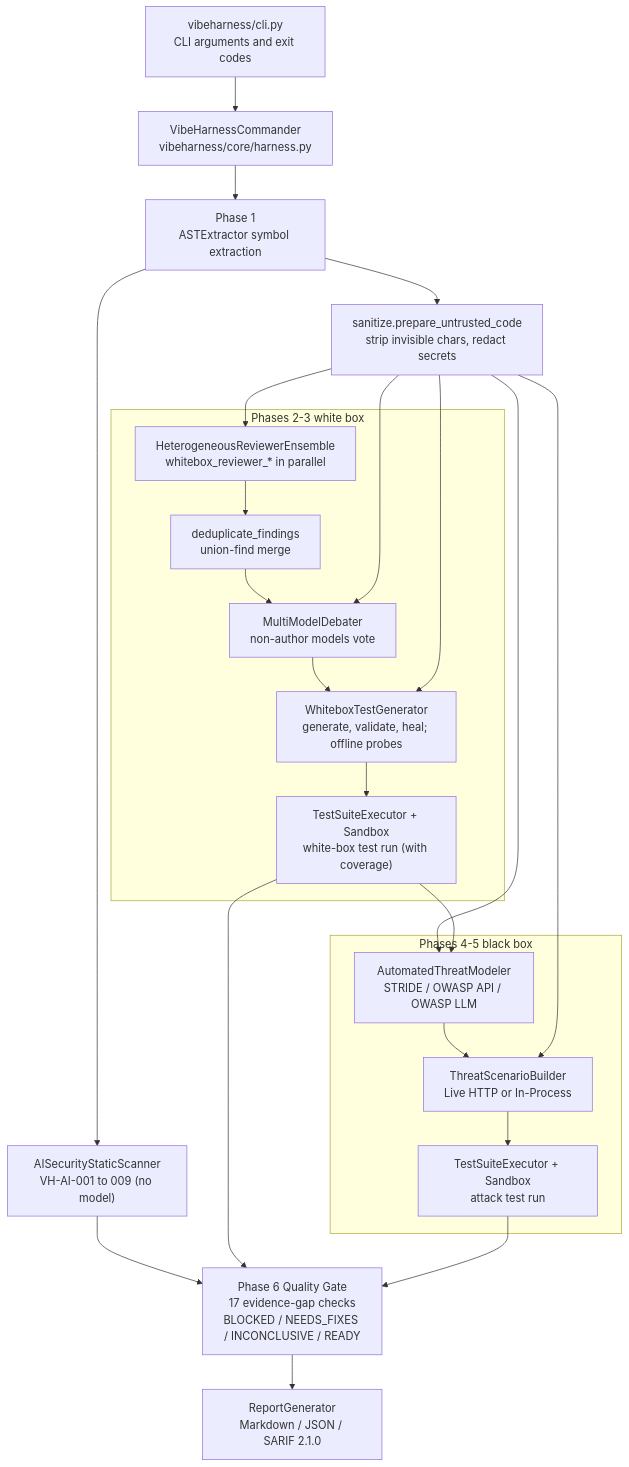
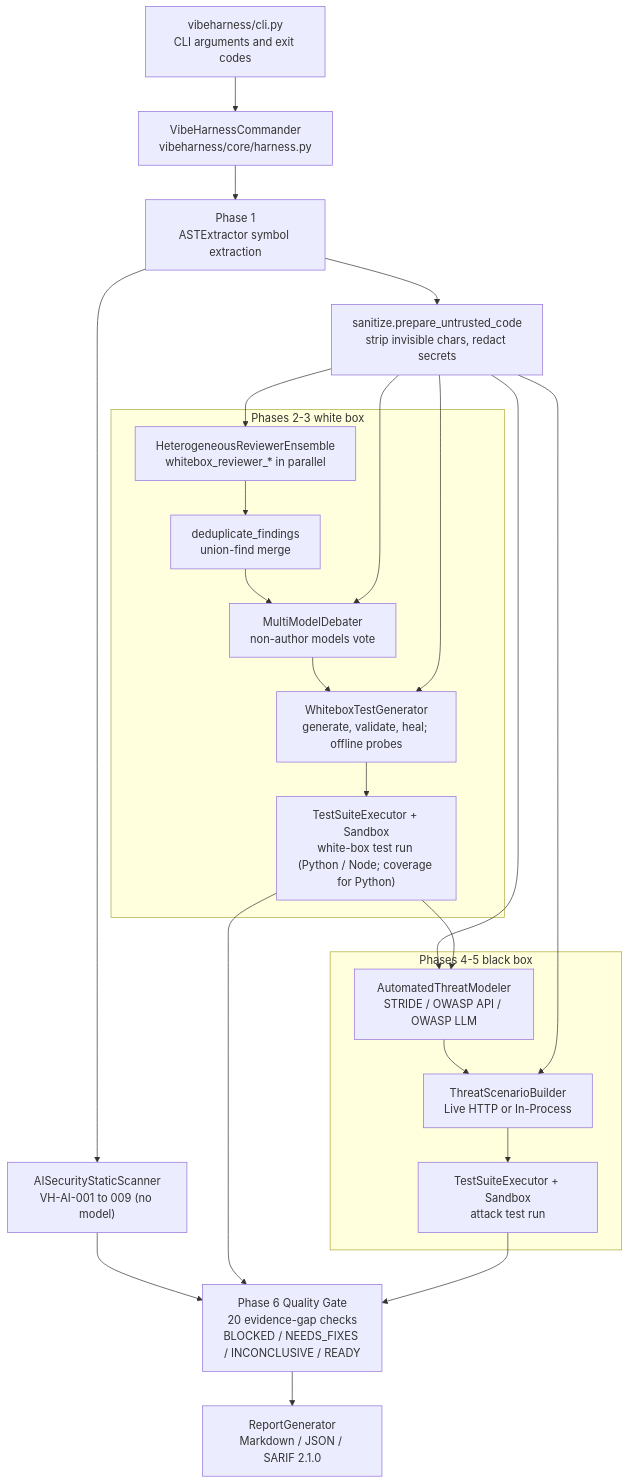
The first of 3 diagrams in docs/design.en.md (chinchiang/MultiAgentGama), drawn with Mermaid before and after one commit. The commit also changed other lines of this file and 1 other file, not shown here.

````diff
--- a/docs/design.en.md
+++ b/docs/design.en.md
@@ -43,34 +43,34 @@
 ```mermaid
 flowchart TD
     CLI["vibeharness/cli.py<br/>CLI arguments and exit codes"] --> CMD["VibeHarnessCommander<br/>vibeharness/core/harness.py"]
     CMD --> P1["Phase 1<br/>ASTExtractor symbol extraction"]
     P1 --> SAST["AISecurityStaticScanner<br/>VH-AI-001 to 009 (no model)"]
     P1 --> SAN["sanitize.prepare_untrusted_code<br/>strip invisible chars, redact secrets"]
 
     subgraph WB ["Phases 2-3 white box"]
         REV["HeterogeneousReviewerEnsemble<br/>whitebox_reviewer_* in parallel"]
         DEDUP["deduplicate_findings<br/>union-find merge"]
         DEB["MultiModelDebater<br/>non-author models vote"]
         GEN["WhiteboxTestGenerator<br/>generate, validate, heal; offline probes"]
-        EXE1["TestSuiteExecutor + Sandbox<br/>white-box test run (with coverage)"]
+        EXE1["TestSuiteExecutor + Sandbox<br/>white-box test run (Python / Node; coverage for Python)"]
         REV --> DEDUP --> DEB --> GEN --> EXE1
     end
 
     subgraph BB ["Phases 4-5 black box"]
         TM["AutomatedThreatModeler<br/>STRIDE / OWASP API / OWASP LLM"]
         ATK["ThreatScenarioBuilder<br/>Live HTTP or In-Process"]
         EXE2["TestSuiteExecutor + Sandbox<br/>attack test run"]
         TM --> ATK --> EXE2
     end
 
     SAN --> REV
     SAN --> DEB
     SAN --> GEN
     SAN --> TM
     SAN --> ATK
     EXE1 --> TM
     SAST --> GATE
     EXE1 --> GATE
-    EXE2 --> GATE["Phase 6 Quality Gate<br/>17 evidence-gap checks<br/>BLOCKED / NEEDS_FIXES / INCONCLUSIVE / READY"]
+    EXE2 --> GATE["Phase 6 Quality Gate<br/>20 evidence-gap checks<br/>BLOCKED / NEEDS_FIXES / INCONCLUSIVE / READY"]
     GATE --> OUT["ReportGenerator<br/>Markdown / JSON / SARIF 2.1.0"]
 ```
````
